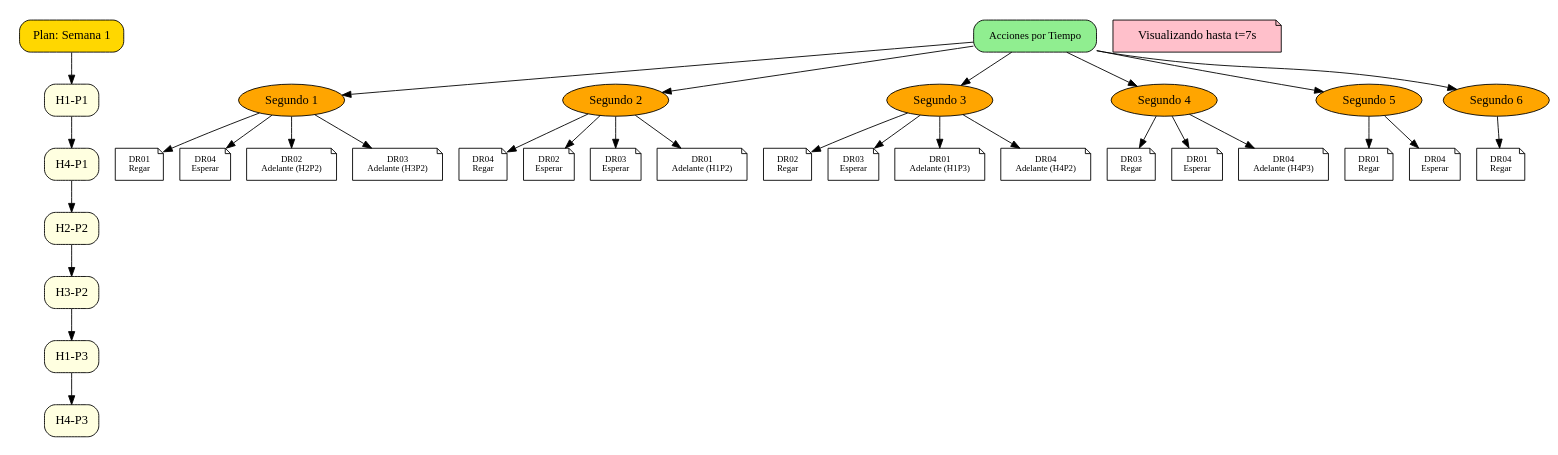
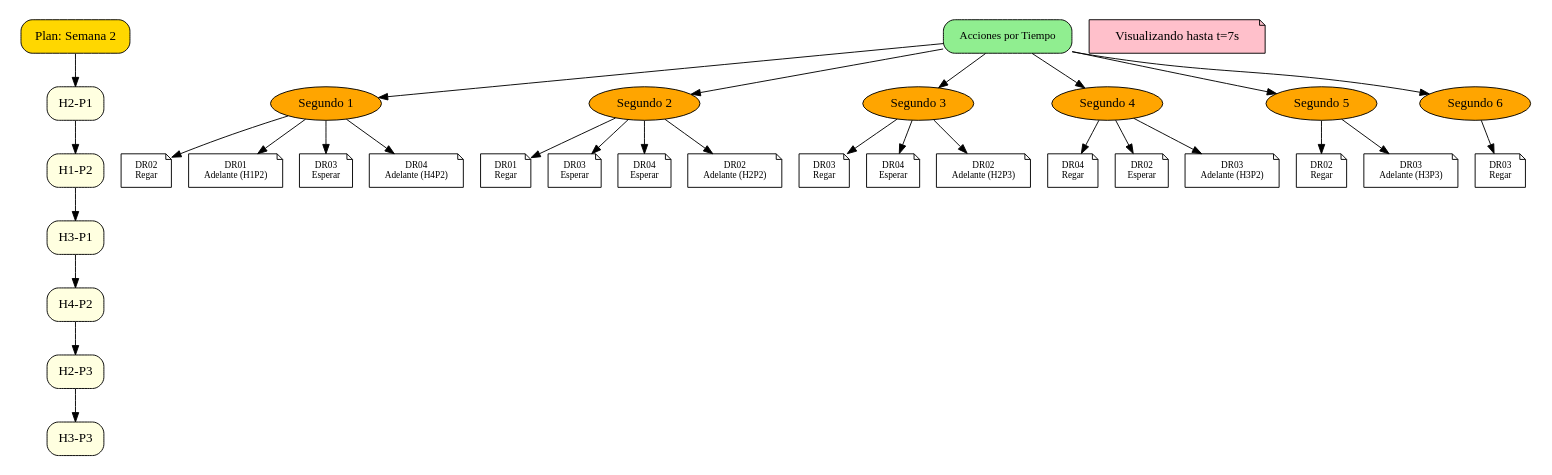
The diagram in static/tda_graph.dot (BlackM1219/GuateRiegos), drawn with Graphviz before and after one commit. The commit also changed 3 other files, not shown here.

```diff
--- a/static/tda_graph.dot
+++ b/static/tda_graph.dot
@@ -1,68 +1,66 @@
 // Estado de TDAs
 digraph {
 	rankdir=TB size="10,8"
 	node [fillcolor=lightblue shape=box style="rounded,filled"]
-	plan [label="Plan: Semana 1" fillcolor=gold fontname="Arial Bold" fontsize=14]
-	seq_0 [label="H1-P1" fillcolor=lightyellow]
+	plan [label="Plan: Semana 2" fillcolor=gold fontname="Arial Bold" fontsize=14]
+	seq_0 [label="H2-P1" fillcolor=lightyellow]
 	plan -> seq_0
-	seq_1 [label="H4-P1" fillcolor=lightyellow]
+	seq_1 [label="H1-P2" fillcolor=lightyellow]
 	seq_0 -> seq_1
-	seq_2 [label="H2-P2" fillcolor=lightyellow]
+	seq_2 [label="H3-P1" fillcolor=lightyellow]
 	seq_1 -> seq_2
-	seq_3 [label="H3-P2" fillcolor=lightyellow]
+	seq_3 [label="H4-P2" fillcolor=lightyellow]
 	seq_2 -> seq_3
-	seq_4 [label="H1-P3" fillcolor=lightyellow]
+	seq_4 [label="H2-P3" fillcolor=lightyellow]
 	seq_3 -> seq_4
-	seq_5 [label="H4-P3" fillcolor=lightyellow]
+	seq_5 [label="H3-P3" fillcolor=lightyellow]
 	seq_4 -> seq_5
 	acciones_title [label="Acciones por Tiempo" fillcolor=lightgreen fontname="Arial Bold" fontsize=12]
 	tiempo_1 [label="Segundo 1" fillcolor=orange shape=ellipse]
 	acciones_title -> tiempo_1
-	t1_a0 [label="DR01\nRegar" fillcolor=white fontsize=10 shape=note]
+	t1_a0 [label="DR02\nRegar" fillcolor=white fontsize=10 shape=note]
 	tiempo_1 -> t1_a0
-	t1_a1 [label="DR04\nEsperar" fillcolor=white fontsize=10 shape=note]
+	t1_a1 [label="DR01\nAdelante (H1P2)" fillcolor=white fontsize=10 shape=note]
 	tiempo_1 -> t1_a1
-	t1_a2 [label="DR02\nAdelante (H2P2)" fillcolor=white fontsize=10 shape=note]
+	t1_a2 [label="DR03\nEsperar" fillcolor=white fontsize=10 shape=note]
 	tiempo_1 -> t1_a2
-	t1_a3 [label="DR03\nAdelante (H3P2)" fillcolor=white fontsize=10 shape=note]
+	t1_a3 [label="DR04\nAdelante (H4P2)" fillcolor=white fontsize=10 shape=note]
 	tiempo_1 -> t1_a3
 	tiempo_2 [label="Segundo 2" fillcolor=orange shape=ellipse]
 	acciones_title -> tiempo_2
-	t2_a0 [label="DR04\nRegar" fillcolor=white fontsize=10 shape=note]
+	t2_a0 [label="DR01\nRegar" fillcolor=white fontsize=10 shape=note]
 	tiempo_2 -> t2_a0
-	t2_a1 [label="DR02\nEsperar" fillcolor=white fontsize=10 shape=note]
+	t2_a1 [label="DR03\nEsperar" fillcolor=white fontsize=10 shape=note]
 	tiempo_2 -> t2_a1
-	t2_a2 [label="DR03\nEsperar" fillcolor=white fontsize=10 shape=note]
+	t2_a2 [label="DR04\nEsperar" fillcolor=white fontsize=10 shape=note]
 	tiempo_2 -> t2_a2
-	t2_a3 [label="DR01\nAdelante (H1P2)" fillcolor=white fontsize=10 shape=note]
+	t2_a3 [label="DR02\nAdelante (H2P2)" fillcolor=white fontsize=10 shape=note]
 	tiempo_2 -> t2_a3
 	tiempo_3 [label="Segundo 3" fillcolor=orange shape=ellipse]
 	acciones_title -> tiempo_3
-	t3_a0 [label="DR02\nRegar" fillcolor=white fontsize=10 shape=note]
+	t3_a0 [label="DR03\nRegar" fillcolor=white fontsize=10 shape=note]
 	tiempo_3 -> t3_a0
-	t3_a1 [label="DR03\nEsperar" fillcolor=white fontsize=10 shape=note]
+	t3_a1 [label="DR04\nEsperar" fillcolor=white fontsize=10 shape=note]
 	tiempo_3 -> t3_a1
-	t3_a2 [label="DR01\nAdelante (H1P3)" fillcolor=white fontsize=10 shape=note]
+	t3_a2 [label="DR02\nAdelante (H2P3)" fillcolor=white fontsize=10 shape=note]
 	tiempo_3 -> t3_a2
-	t3_a3 [label="DR04\nAdelante (H4P2)" fillcolor=white fontsize=10 shape=note]
-	tiempo_3 -> t3_a3
 	tiempo_4 [label="Segundo 4" fillcolor=orange shape=ellipse]
 	acciones_title -> tiempo_4
-	t4_a0 [label="DR03\nRegar" fillcolor=white fontsize=10 shape=note]
+	t4_a0 [label="DR04\nRegar" fillcolor=white fontsize=10 shape=note]
 	tiempo_4 -> t4_a0
-	t4_a1 [label="DR01\nEsperar" fillcolor=white fontsize=10 shape=note]
+	t4_a1 [label="DR02\nEsperar" fillcolor=white fontsize=10 shape=note]
 	tiempo_4 -> t4_a1
-	t4_a2 [label="DR04\nAdelante (H4P3)" fillcolor=white fontsize=10 shape=note]
+	t4_a2 [label="DR03\nAdelante (H3P2)" fillcolor=white fontsize=10 shape=note]
 	tiempo_4 -> t4_a2
 	tiempo_5 [label="Segundo 5" fillcolor=orange shape=ellipse]
 	acciones_title -> tiempo_5
-	t5_a0 [label="DR01\nRegar" fillcolor=white fontsize=10 shape=note]
+	t5_a0 [label="DR02\nRegar" fillcolor=white fontsize=10 shape=note]
 	tiempo_5 -> t5_a0
-	t5_a1 [label="DR04\nEsperar" fillcolor=white fontsize=10 shape=note]
+	t5_a1 [label="DR03\nAdelante (H3P3)" fillcolor=white fontsize=10 shape=note]
 	tiempo_5 -> t5_a1
 	tiempo_6 [label="Segundo 6" fillcolor=orange shape=ellipse]
 	acciones_title -> tiempo_6
-	t6_a0 [label="DR04\nRegar" fillcolor=white fontsize=10 shape=note]
+	t6_a0 [label="DR03\nRegar" fillcolor=white fontsize=10 shape=note]
 	tiempo_6 -> t6_a0
 	time_info [label="Visualizando hasta t=7s" fillcolor=pink shape=note]
 }
```
